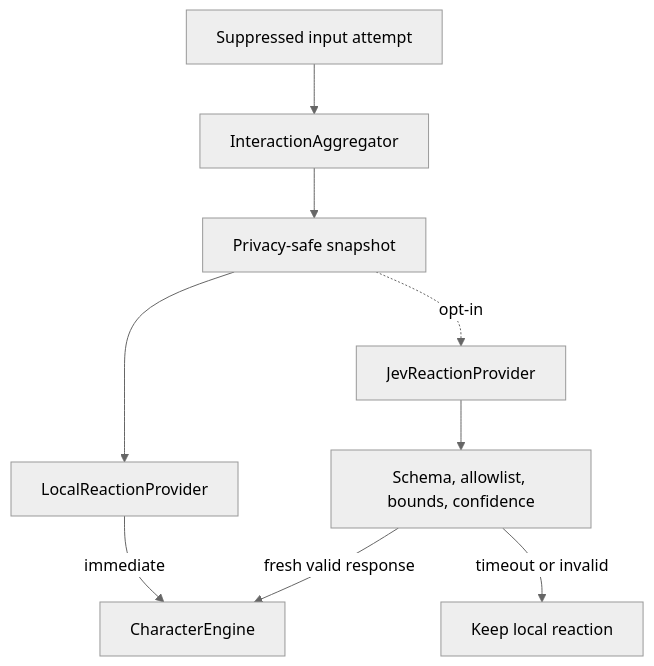
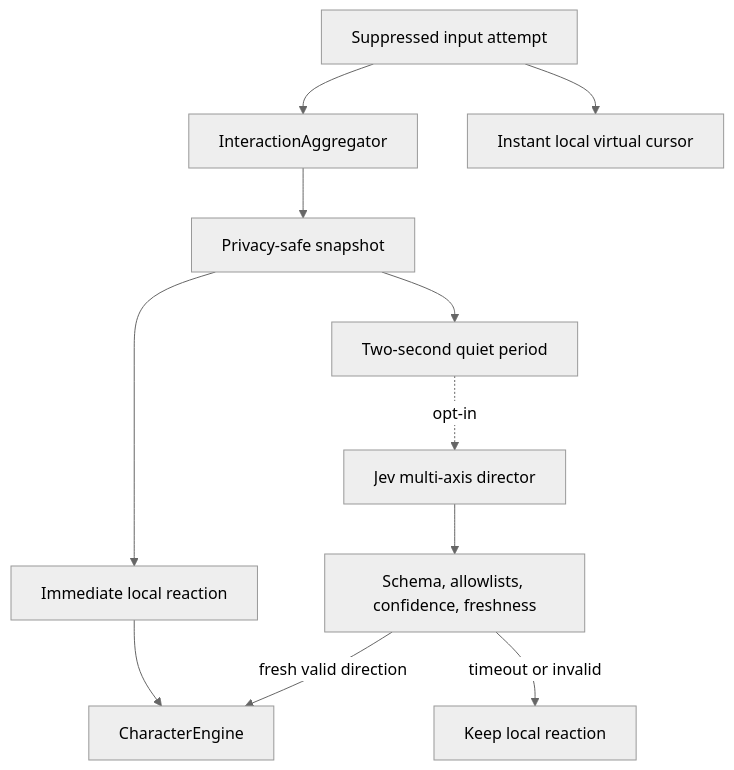
The diagram in docs/reaction-engine.md (Captain-Sangam/bonk), drawn with Mermaid (neutral theme) before and after one commit. The commit also changed other lines of this file and 23 other files, not shown here.

Commit message:
Refine Jev character direction

````diff
--- a/docs/reaction-engine.md
+++ b/docs/reaction-engine.md
@@ -7,11 +7,13 @@
 ```mermaid
 flowchart TD
     Event[Suppressed input attempt] --> Aggregate[InteractionAggregator]
+    Event --> Cursor[Instant local virtual cursor]
     Aggregate --> Snapshot[Privacy-safe snapshot]
-    Snapshot --> Local[LocalReactionProvider]
-    Local -->|immediate| Character[CharacterEngine]
-    Snapshot -. opt-in .-> Jev[JevReactionProvider]
-    Jev --> Validate[Schema, allowlist, bounds, confidence]
-    Validate -->|fresh valid response| Character
+    Snapshot --> Local[Immediate local reaction]
+    Local --> Character[CharacterEngine]
+    Snapshot --> Debounce[Two-second quiet period]
+    Debounce -. opt-in .-> Jev[Jev multi-axis director]
+    Jev --> Validate[Schema, allowlists, confidence, freshness]
+    Validate -->|fresh valid direction| Character
     Validate -->|timeout or invalid| Keep[Keep local reaction]
 ```
````
